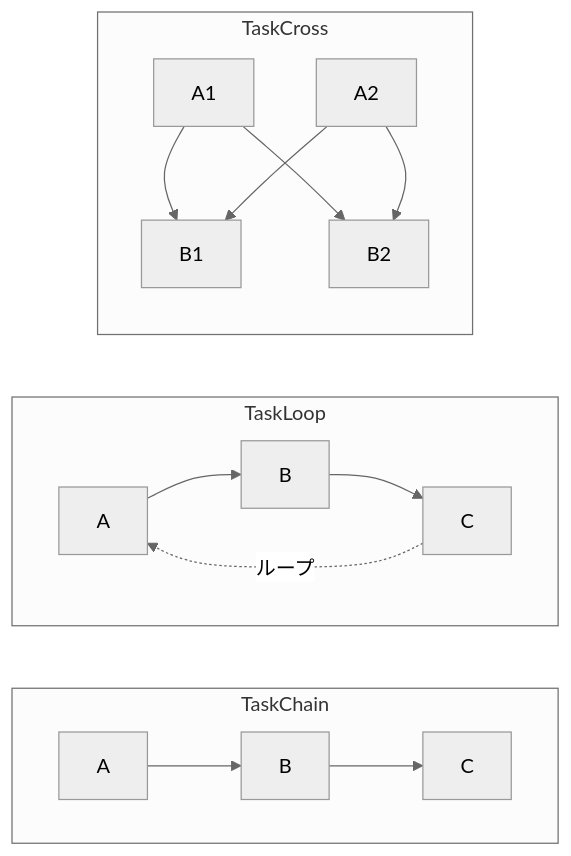
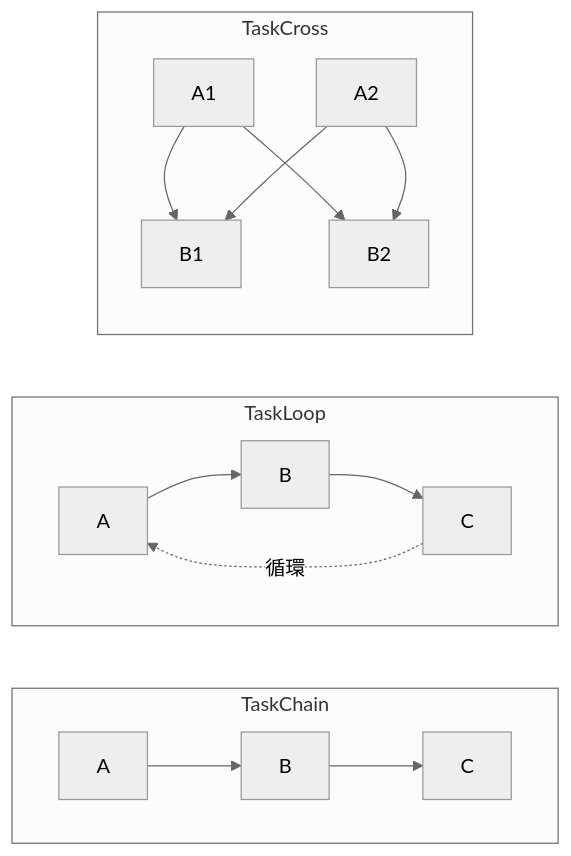
One commit to Mr-xiaotian/CelestialFlow changed the seventh of 9 diagrams in docs/ja/presentation.md. Above: the diagram before and after it, drawn with Mermaid (neutral theme). The commit also changed other lines of this file and 278 other files, not shown here.

````diff
--- a/docs/ja/presentation.md
+++ b/docs/ja/presentation.md
@@ -473,21 +473,21 @@
 ```mermaid
 graph LR
     subgraph TaskChain
         direction LR
         C1[A] --> C2[B] --> C3[C]
     end
 
     subgraph TaskLoop
         direction LR
         L1[A] --> L2[B] --> L3[C]
-        L3 -.->|ループ| L1
+        L3 -.->|循環| L1
     end
 
     subgraph TaskCross
         direction TB
         X1[A1] --> X3[B1]
         X1 --> X4[B2]
         X2[A2] --> X3
         X2 --> X4
     end
 ```
````
